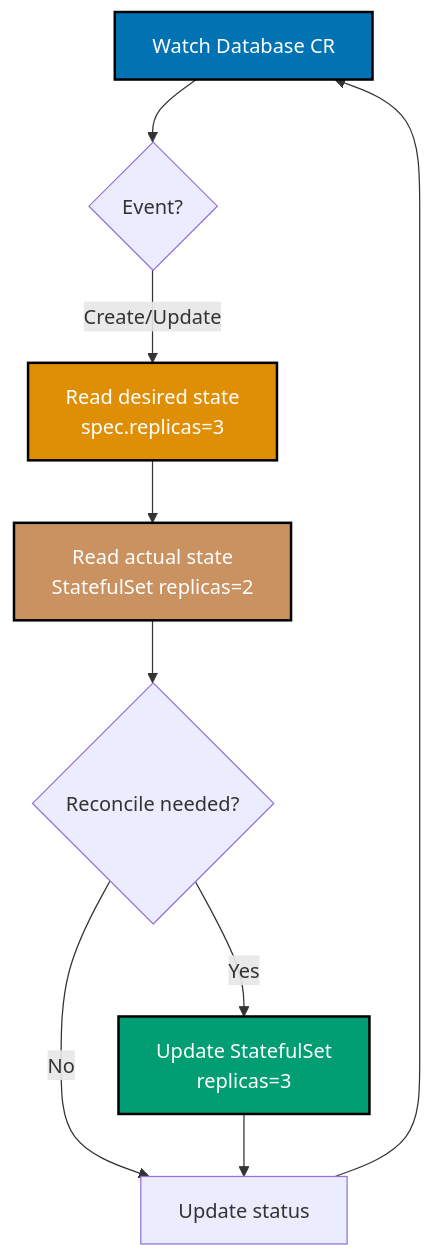
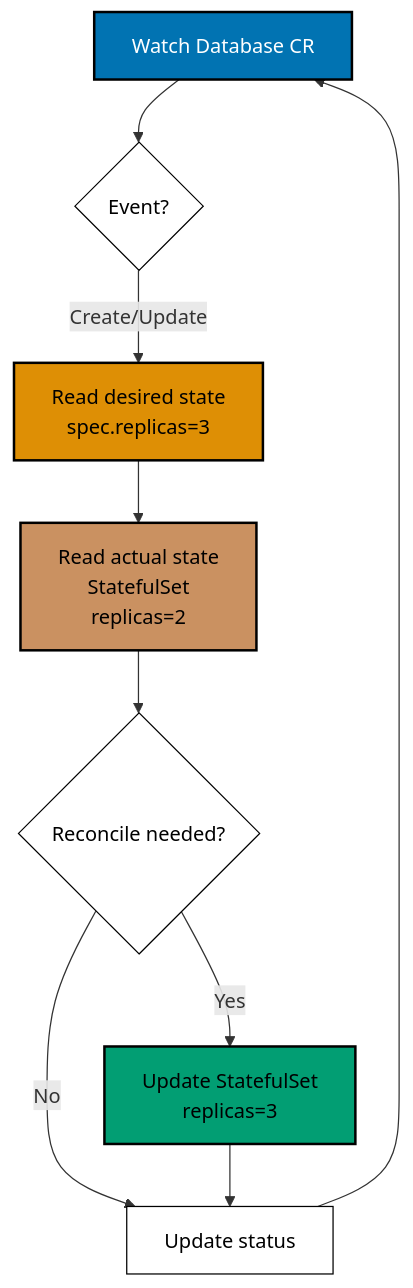
One commit to wahidyankf/ose-public changed the sixth of 14 diagrams in apps/ayokoding-www/content/en/learn/legacy/software-engineering/infrastructure/tools/kubernetes/by-example/advanced.md. Above: the diagram before and after it, drawn with Mermaid. The commit also changed other lines of this file and 131 other files, not shown here.

First line of the commit message:
fix(mermaid): bring the legacy data, infrastructure, and testing diagrams onto the accessible palette

````diff
--- a/apps/ayokoding-www/content/en/learn/legacy/software-engineering/infrastructure/tools/kubernetes/by-example/advanced.md
+++ b/apps/ayokoding-www/content/en/learn/legacy/software-engineering/infrastructure/tools/kubernetes/by-example/advanced.md
@@ -2065,18 +2098,25 @@
 ```mermaid
 %% Color Palette: Blue #0173B2, Orange #DE8F05, Teal #029E73, Purple #CC78BC, Brown #CA9161
 %% Operator reconciliation loop
 graph TD
+ accTitle: Example 71: Operator Pattern with Controller
+ accDescr: Graph with 7 nodes and 8 connections. Nodes: Watch Database CR, Event?, Read desired state spec.replicas=3, Read actual state StatefulSet replicas=2, Reconcile needed?, Update StatefulSet replicas=3, Update status. Connections: Watch Database CR to Event?, Event? to Read desired state spec.replicas=3 (Create/Update), Read desired state spec.replicas=3 to Read actual state StatefulSet replicas=2, Read actual state StatefulSet replicas=2 to Reconcile needed?, Reconcile needed? to Update StatefulSet replicas=3 (Yes), Reconcile needed? to Update status (No), Update StatefulSet replicas=3 to Update status, Update status to Watch Database CR.
  A[Watch Database CR] --> B{Event?}
  B -->|Create/Update| C[Read desired state<br/>spec.replicas=3]
- C --> D[Read actual state<br/>StatefulSet replicas=2]
+ C --> D[Read actual state<br/>StatefulSet<br/>replicas=2]
  D --> E{Reconcile needed?}
  E -->|Yes| F[Update StatefulSet<br/>replicas=3]
  E -->|No| G[Update status]
  F --> G
  G --> A
 
- style A fill:#0173B2,stroke:#000000,stroke-width:2px,color:#fff
- style C fill:#DE8F05,stroke:#000000,stroke-width:2px,color:#fff
- style D fill:#CA9161,stroke:#000000,stroke-width:2px,color:#fff
- style F fill:#029E73,stroke:#000000,stroke-width:2px,color:#fff
+ classDef pal-0173B2 fill:#0173B2,stroke:#000000,color:#FFFFFF,stroke-width:2px
+ class A pal-0173B2
+ classDef pal-DE8F05 fill:#DE8F05,stroke:#000000,color:#000000,stroke-width:2px
+ class C pal-DE8F05
+ classDef pal-CA9161 fill:#CA9161,stroke:#000000,color:#000000,stroke-width:2px
+ class D pal-CA9161
+ classDef pal-029E73 fill:#029E73,stroke:#000000,color:#000000,stroke-width:2px
+ class F pal-029E73
+ classDef default fill:#FFFFFF,stroke:#000000,color:#000000
 ```
````
